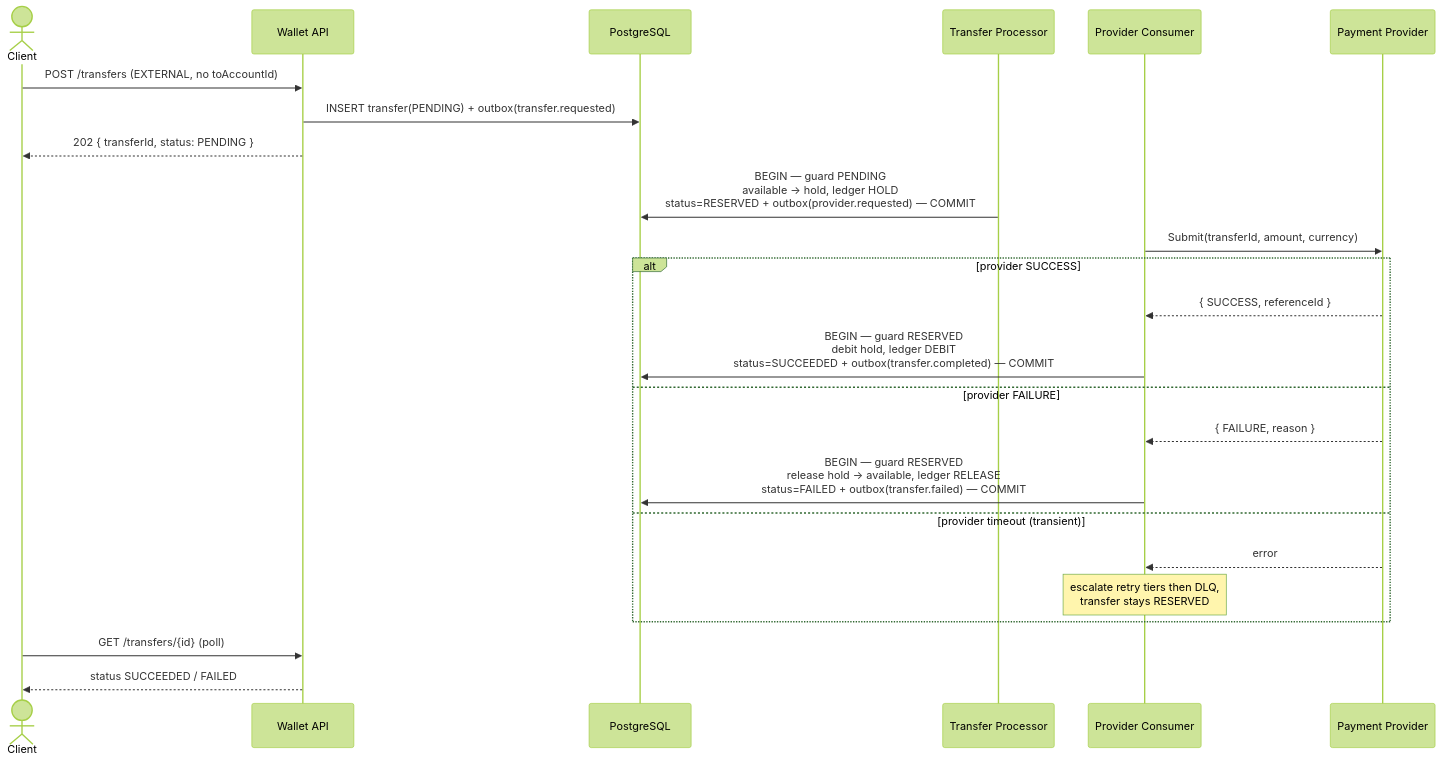
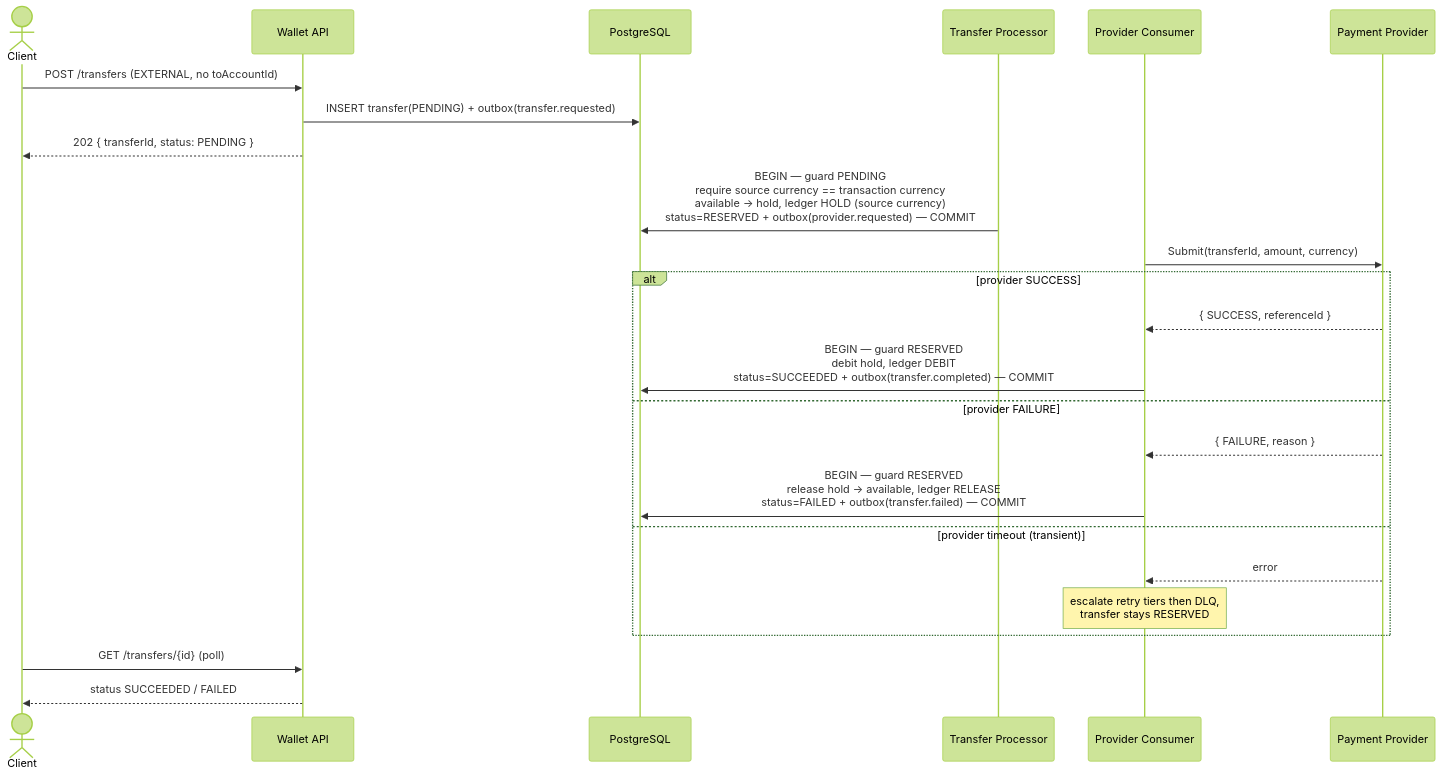
Before and after one commit to Phathdt/transx: the third of 5 diagrams in README.md, drawn with Mermaid (forest theme). The commit also changed other lines of this file, not shown here.

````diff
--- a/README.md
+++ b/README.md
@@ -323,30 +334,30 @@
 ```mermaid
 sequenceDiagram
     actor C as Client
     participant API as Wallet API
     participant DB as PostgreSQL
     participant PR as Transfer Processor
     participant PC as Provider Consumer
     participant PV as Payment Provider
 
     C->>API: POST /transfers (EXTERNAL, no toAccountId)
     API->>DB: INSERT transfer(PENDING) + outbox(transfer.requested)
     API-->>C: 202 { transferId, status: PENDING }
 
-    PR->>DB: BEGIN — guard PENDING<br/>available → hold, ledger HOLD<br/>status=RESERVED + outbox(provider.requested) — COMMIT
+    PR->>DB: BEGIN — guard PENDING<br/>require source currency == transaction currency<br/>available → hold, ledger HOLD (source currency)<br/>status=RESERVED + outbox(provider.requested) — COMMIT
 
     PC->>PV: Submit(transferId, amount, currency)
     alt provider SUCCESS
         PV-->>PC: { SUCCESS, referenceId }
         PC->>DB: BEGIN — guard RESERVED<br/>debit hold, ledger DEBIT<br/>status=SUCCEEDED + outbox(transfer.completed) — COMMIT
     else provider FAILURE
         PV-->>PC: { FAILURE, reason }
         PC->>DB: BEGIN — guard RESERVED<br/>release hold → available, ledger RELEASE<br/>status=FAILED + outbox(transfer.failed) — COMMIT
     else provider timeout (transient)
         PV-->>PC: error
         Note over PC: escalate retry tiers then DLQ,<br/>transfer stays RESERVED
     end
 
     C->>API: GET /transfers/{id} (poll)
     API-->>C: status SUCCEEDED / FAILED
 ```
````
